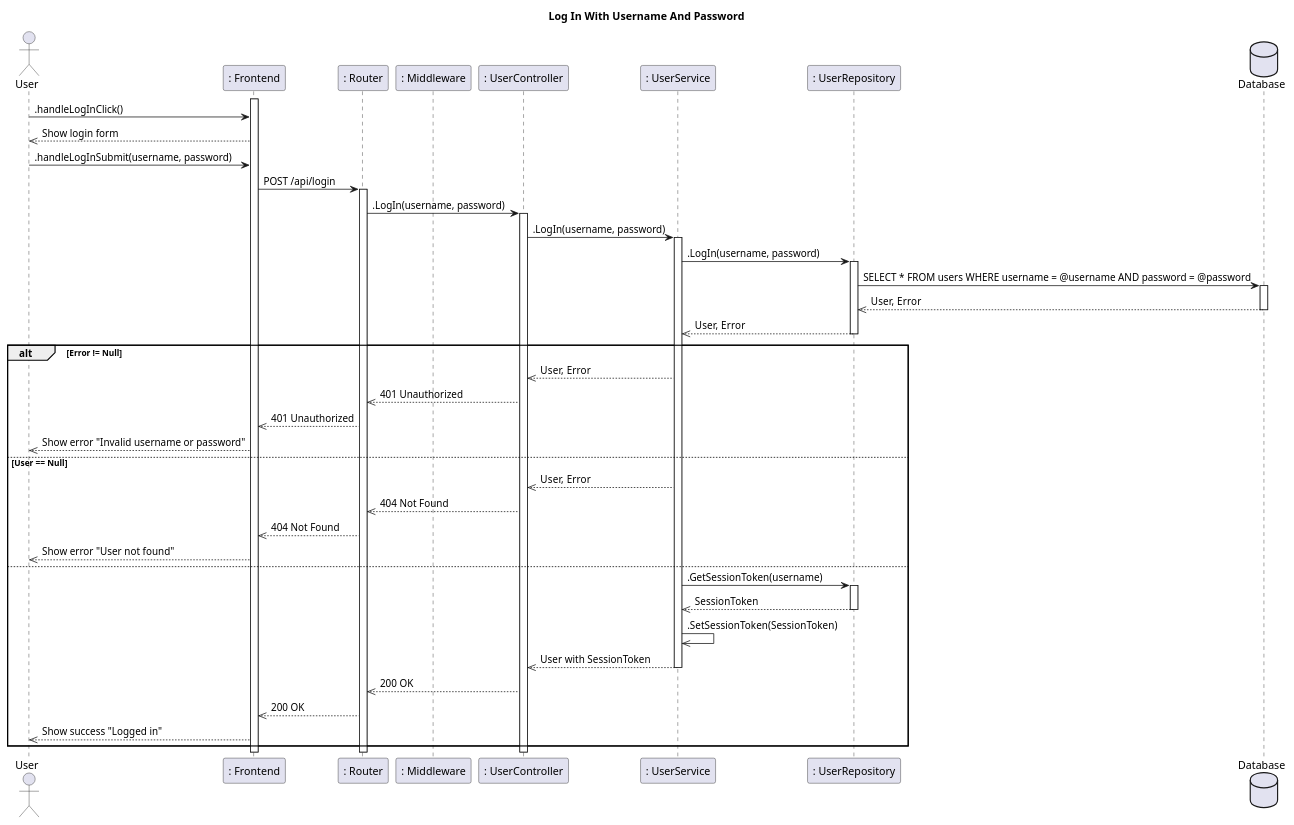
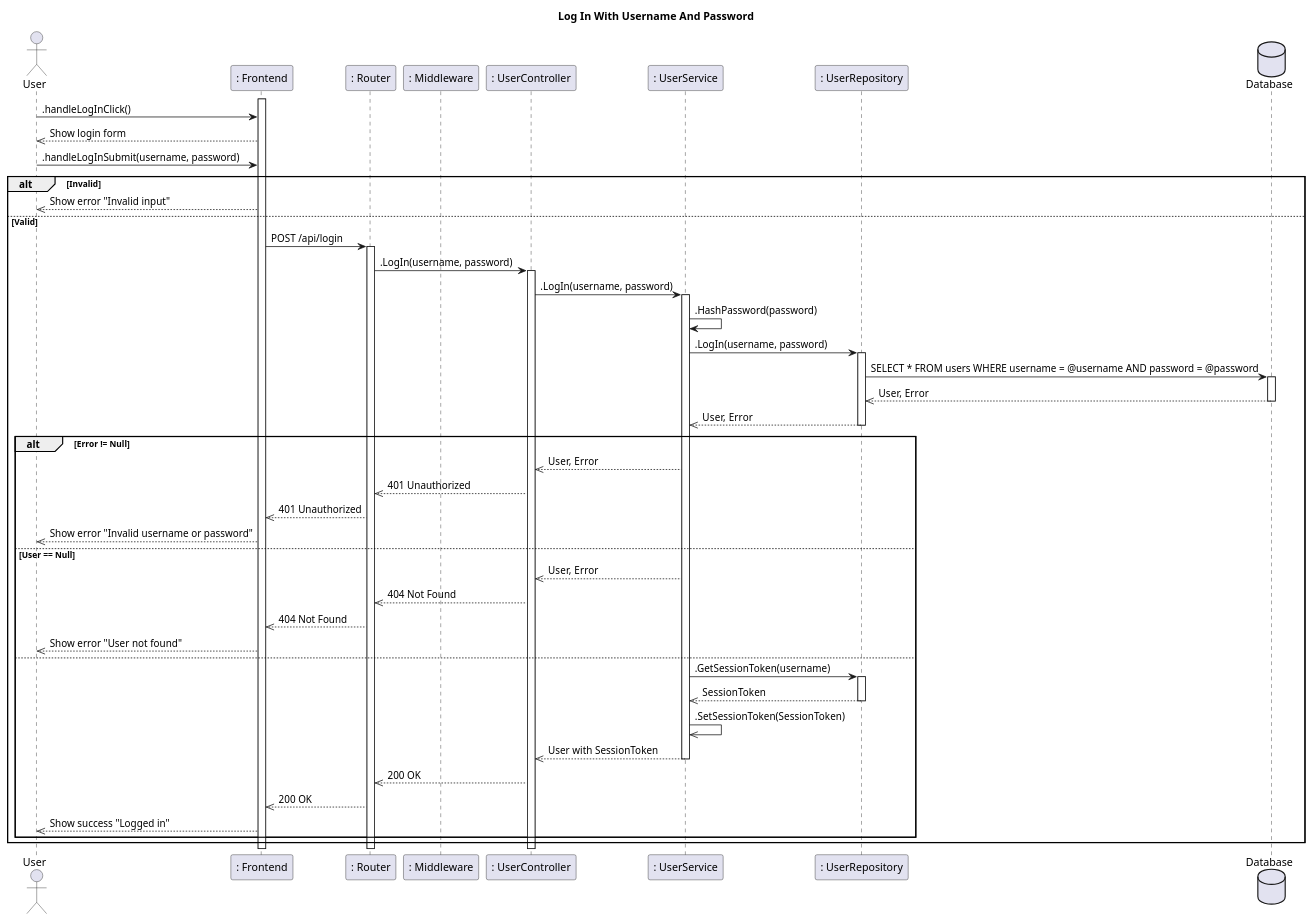
One commit to CS371-Project-Management/CS371-Sequence-Diagram changed the diagram in SD-Log-In-With-Username-And-Password.puml. Above: the diagram before and after it, drawn with PlantUML.

Commit message:
feat: enhance login sequence diagram with input validation and error handling

```diff
--- a/SD-Log-In-With-Username-And-Password.puml
+++ b/SD-Log-In-With-Username-And-Password.puml
@@ -1,56 +1,61 @@
 @startuml
 title Log In With Username And Password
 actor User
 participant ": Frontend" as Frontend
 participant ": Router" as Router
 participant ": Middleware" as Middleware
 
 participant ": UserController" as Controller
 participant ": UserService" as Service
 participant ": UserRepository" as Repository
 
 database Database
 activate Frontend
 User -> Frontend: .handleLogInClick()
 Frontend -->> User: Show login form
 
 User -> Frontend: .handleLogInSubmit(username, password)
-Frontend -> Router: POST /api/login
-activate Router
-Router -> Controller: .LogIn(username, password)
-activate Controller
-Controller -> Service: .LogIn(username, password)
-activate Service
-Service -> Repository: .LogIn(username, password)
-activate Repository
-Repository -> Database: SELECT * FROM users WHERE username = @username AND password = @password
-activate Database
-Database -->> Repository: User, Error
-deactivate Database
-Repository -->> Service: User, Error
-deactivate Repository
+alt Invalid
+  Frontend -->> User: Show error "Invalid input"
+else Valid
+  Frontend -> Router: POST /api/login
+  activate Router
+  Router -> Controller: .LogIn(username, password)
+  activate Controller
+  Controller -> Service: .LogIn(username, password)
+  activate Service
+  Service -> Service: .HashPassword(password)
+  Service -> Repository: .LogIn(username, password)
+  activate Repository
+  Repository -> Database: SELECT * FROM users WHERE username = @username AND password = @password
+  activate Database
+  Database -->> Repository: User, Error
+  deactivate Database
+  Repository -->> Service: User, Error
+  deactivate Repository
 
-alt Error != Null
-  Service -->> Controller: User, Error
-  Controller -->> Router: 401 Unauthorized
-  Router -->> Frontend: 401 Unauthorized
-  Frontend -->> User: Show error "Invalid username or password"
-else User == Null
-  Service -->> Controller: User, Error
-  Controller -->> Router: 404 Not Found
-  Router -->> Frontend: 404 Not Found
-  Frontend -->> User: Show error "User not found"
-else
-  Service -> Repository: .GetSessionToken(username)
-  activate Repository
-  Repository -->> Service: SessionToken
-  deactivate Repository
-  Service ->> Service: .SetSessionToken(SessionToken)
-  Service -->> Controller: User with SessionToken
+  alt Error != Null
+    Service -->> Controller: User, Error
+    Controller -->> Router: 401 Unauthorized
+    Router -->> Frontend: 401 Unauthorized
+    Frontend -->> User: Show error "Invalid username or password"
+  else User == Null
+    Service -->> Controller: User, Error
+    Controller -->> Router: 404 Not Found
+    Router -->> Frontend: 404 Not Found
+    Frontend -->> User: Show error "User not found"
+  else
+    Service -> Repository: .GetSessionToken(username)
+    activate Repository
+    Repository -->> Service: SessionToken
+    deactivate Repository
+    Service ->> Service: .SetSessionToken(SessionToken)
+    Service -->> Controller: User with SessionToken
+    deactivate Service
+    Controller -->> Router: 200 OK
+    Router -->> Frontend: 200 OK
+    Frontend -->> User: Show success "Logged in"
+  end
   deactivate Service
-  Controller -->> Router: 200 OK
-  Router -->> Frontend: 200 OK
-  Frontend -->> User: Show success "Logged in"
 end
-deactivate Service
 @enduml
```
